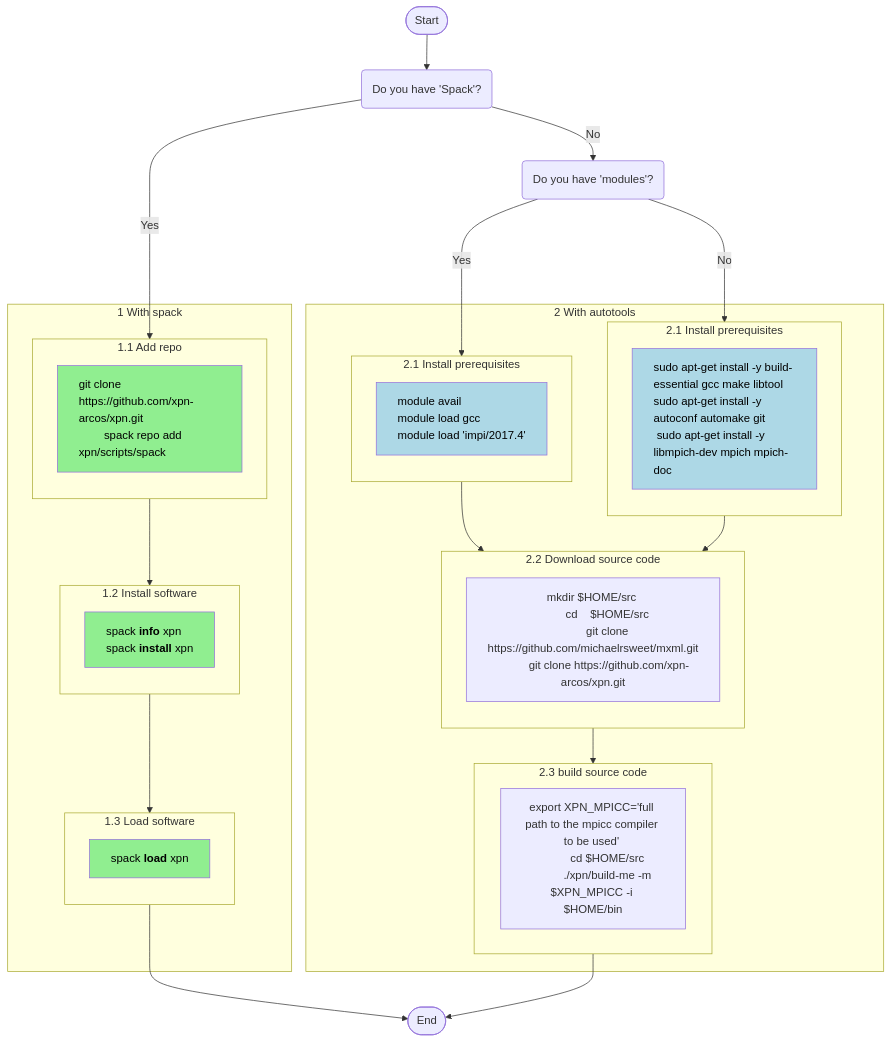
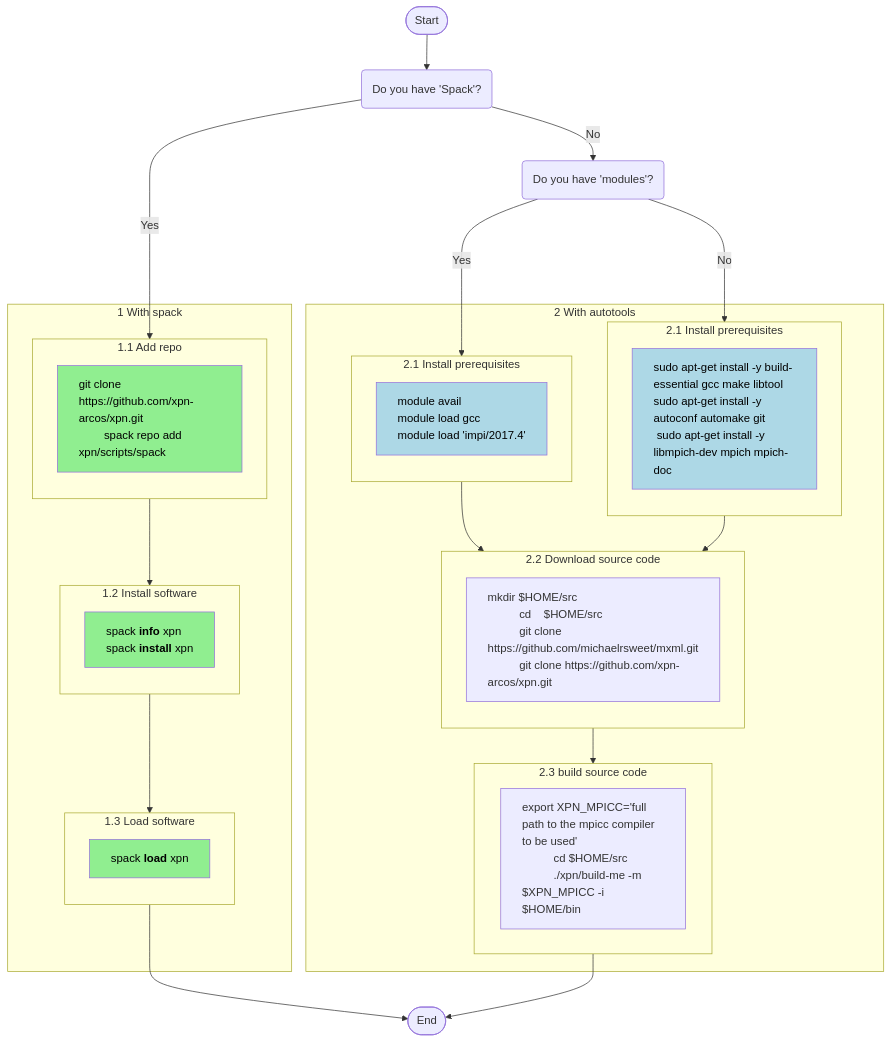
One commit to xpn-arcos/xpn changed the first of 4 diagrams in README.md. Above: the diagram before and after it, drawn with Mermaid.

````diff
--- a/README.md
+++ b/README.md
@@ -23,64 +23,66 @@
   ```mermaid
   %% {init: {"flowchart": {"defaultRenderer": "elk"}} }%%
   flowchart TD
     A([Start]) --> B("Do you have 'Spack'?")
     B -- Yes --> ide11
     B -- No --> Y1("Do you have 'modules'?")
 
     %% (1) with spack
     subgraph ide1 [1 With spack]
     subgraph ide11 [1.1 Add repo]
        direction TB
        X1["git clone https://github.com/xpn-arcos/xpn.git 
           spack repo add xpn/scripts/spack"]
     end
     subgraph ide12 [1.2 Install software]
        direction TB
        X2["spack <b>info</b> xpn
           spack <b>install</b> xpn"]
     end
     subgraph ide13 [1.3 Load software]
        direction TB
        X3["spack <b>load</b> xpn"]
     end
     classDef lt text-align:left,fill:lightgreen,color:black; 
     class X1,X2,X3 lt;
     ide11 --> ide12
     ide12 --> ide13
     end
     ide13 --> I([End])
 
     Y1-- Yes --> ide21a
     Y1-- No ---> ide21b
     subgraph ide2 [2 With autotools]
     subgraph ide21a [2.1 Install prerequisites]
        direction TB
        Y1A["module avail <br> module load gcc<br> module load 'impi/2017.4'"]
     end
     subgraph ide21b [2.1 Install prerequisites]
        direction TB
        Y1B["sudo apt-get install -y build-essential gcc make libtool<br>sudo apt-get install -y autoconf automake git<br> sudo apt-get install -y libmpich-dev mpich mpich-doc"]
     end
     subgraph ide22 [2.2 Download source code]
        direction TB
        Y2B["mkdir $HOME/src 
             cd    $HOME/src 
             git clone https://github.com/michaelrsweet/mxml.git
             git clone https://github.com/xpn-arcos/xpn.git"]
     end
     subgraph ide23 ["2.3 build source code"]
        direction LR
        Y3B["export XPN_MPICC='full path to the mpicc compiler to be used' 
             cd $HOME/src 
             ./xpn/build-me -m $XPN_MPICC -i $HOME/bin"]
     end
     ide21a --> ide22
     ide21b --> ide22
     ide22 --> ide23
 
     classDef lt2 text-align:left,fill:lightblue,color:black;
     class Y1A,Y1B lt2;
+    classDef lt3 text-align:left;
+    class Y2B,Y3B lt3;
     end
 
     Y3B --> I([End])
   ```
````
